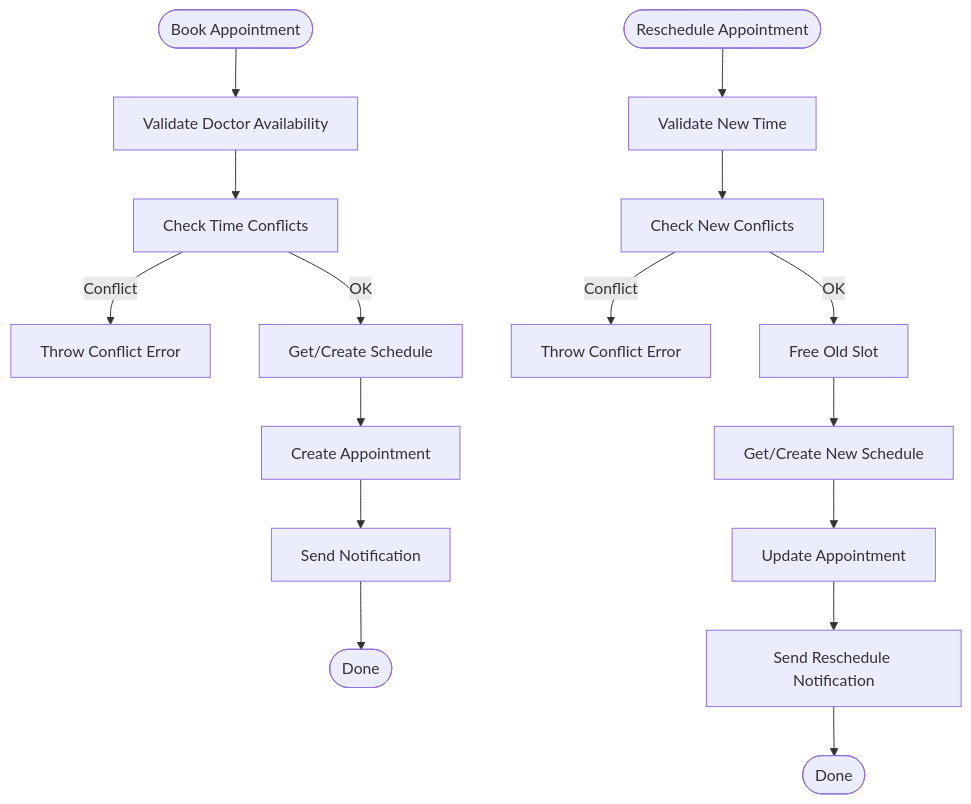
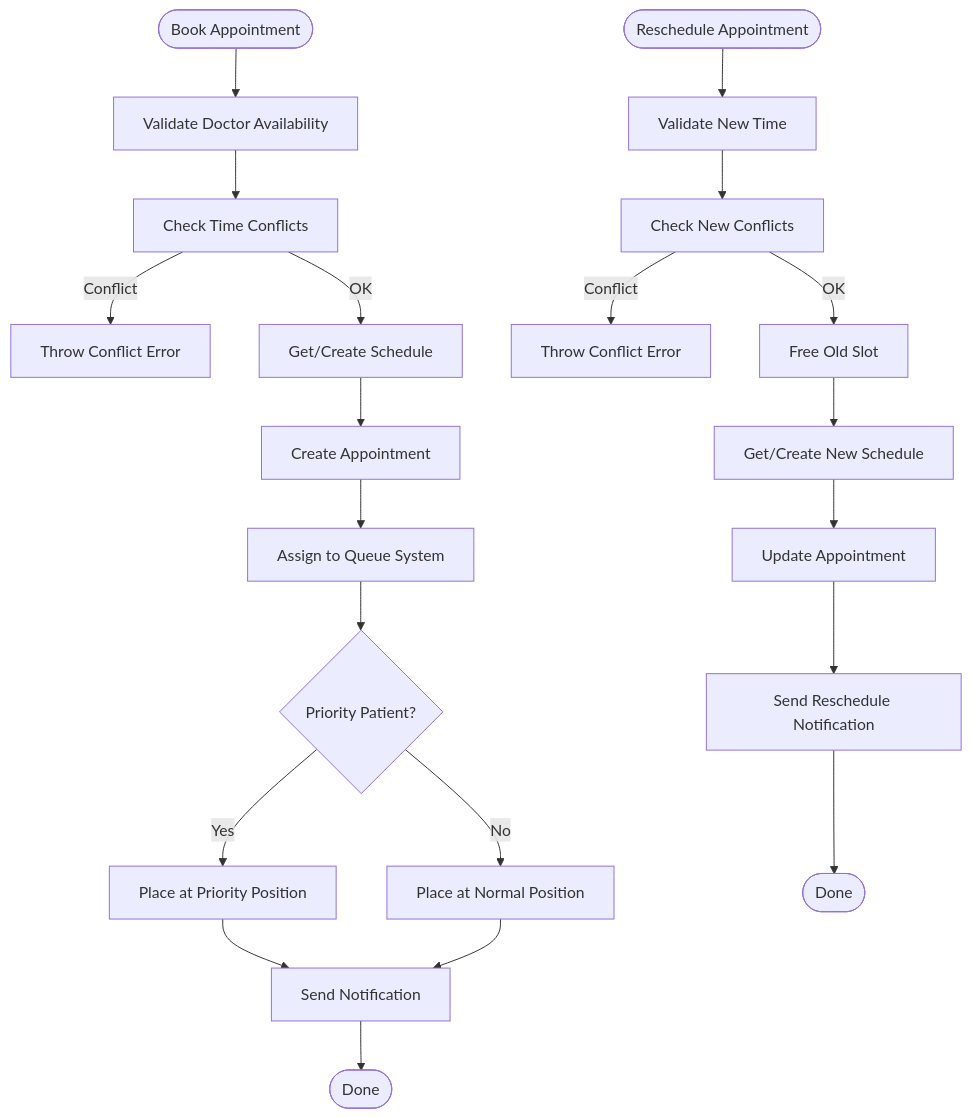
One commit to wahyudedik/qalcuityERP changed the fifth of 31 diagrams in .qoder/repowiki/en/content/Industry-Specific Modules/Healthcare Management Module/Healthcare Management Module.md. Above: the diagram before and after it, drawn with Mermaid. The commit also changed other lines of this file and 626 other files, not shown here.

````diff
--- a/.qoder/repowiki/en/content/Industry-Specific Modules/Healthcare Management Module/Healthcare Management Module.md
+++ b/.qoder/repowiki/en/content/Industry-Specific Modules/Healthcare Management Module/Healthcare Management Module.md
@@ -209,18 +319,23 @@
 ```mermaid
 flowchart TD
 Start(["Book Appointment"]) --> ValidateDoc["Validate Doctor Availability"]
 ValidateDoc --> CheckConflict["Check Time Conflicts"]
 CheckConflict --> |Conflict| Error["Throw Conflict Error"]
 CheckConflict --> |OK| CreateSchedule["Get/Create Schedule"]
 CreateSchedule --> CreateAppt["Create Appointment"]
-CreateAppt --> Notify["Send Notification"]
+CreateAppt --> QueueAssignment["Assign to Queue System"]
+QueueAssignment --> PriorityCheck{"Priority Patient?"}
+PriorityCheck --> |Yes| PriorityPosition["Place at Priority Position"]
+PriorityCheck --> |No| NormalPosition["Place at Normal Position"]
+PriorityPosition --> Notify["Send Notification"]
+NormalPosition --> Notify
 Notify --> End(["Done"])
 Reschedule(["Reschedule Appointment"]) --> ValidateNew["Validate New Time"]
 ValidateNew --> CheckNewConflict["Check New Conflicts"]
 CheckNewConflict --> |Conflict| ErrorResched["Throw Conflict Error"]
 CheckNewConflict --> |OK| FreeOld["Free Old Slot"]
 FreeOld --> CreateNewSchedule["Get/Create New Schedule"]
 CreateNewSchedule --> UpdateAppt["Update Appointment"]
 UpdateAppt --> NotifyResched["Send Reschedule Notification"]
 NotifyResched --> EndResched(["Done"])
 ```
````
